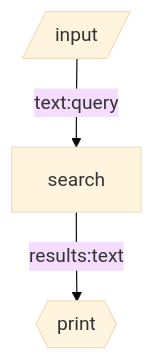
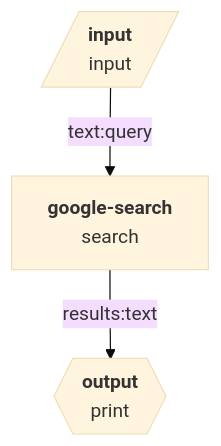
One commit to breadboard-ai/breadboard changed the diagram in seeds/graph-playground/docs/graphs/just-search.md. Above: the diagram before and after it, drawn with Mermaid (base theme). The commit also changed 11 other files, not shown here.

Commit message:
[graph-playground] Show node types.

````diff
--- a/seeds/graph-playground/docs/graphs/just-search.md
+++ b/seeds/graph-playground/docs/graphs/just-search.md
@@ -4,5 +4,9 @@
 ```mermaid
 graph TD;
-input[/input/] -- text:query --> search
-search -- results:text --> print{{print}}
+input[/"`**input**
+input`"/]:::input -- text:query --> search["`**google-search**
+search`"]
+search["`**google-search**
+search`"] -- results:text --> print{{"`**output**
+print`"}}:::output
 ```
````
